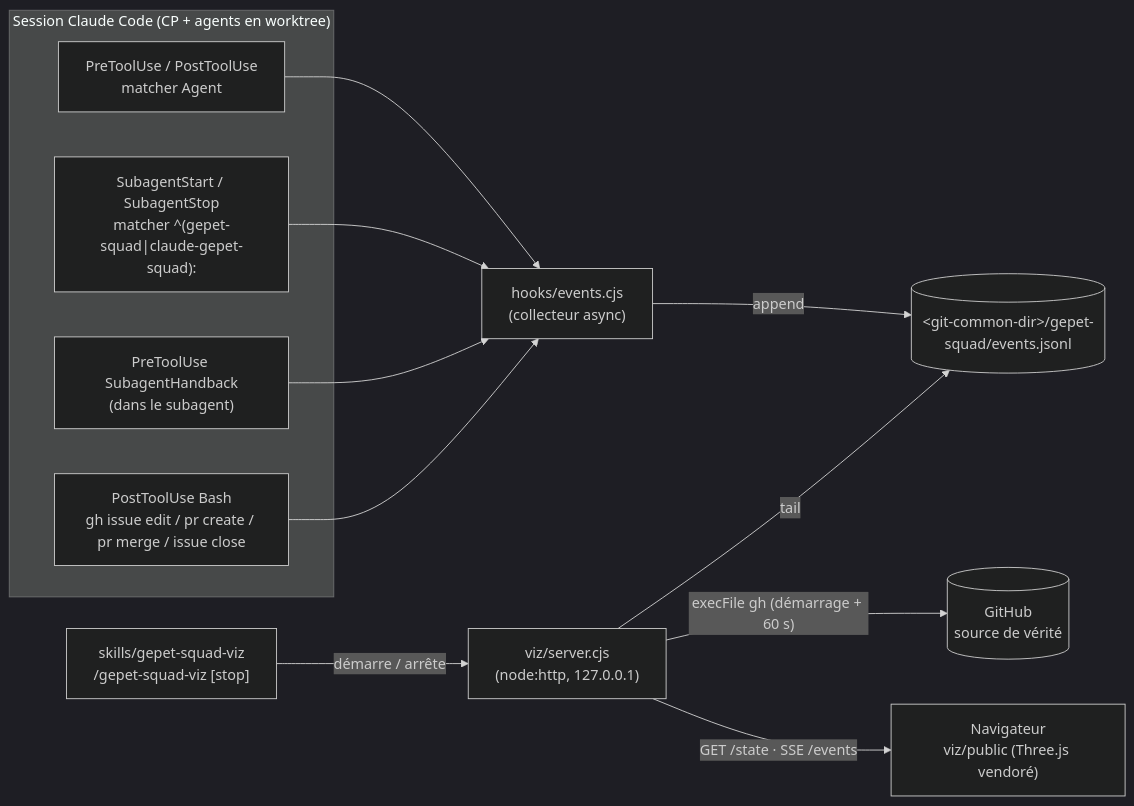
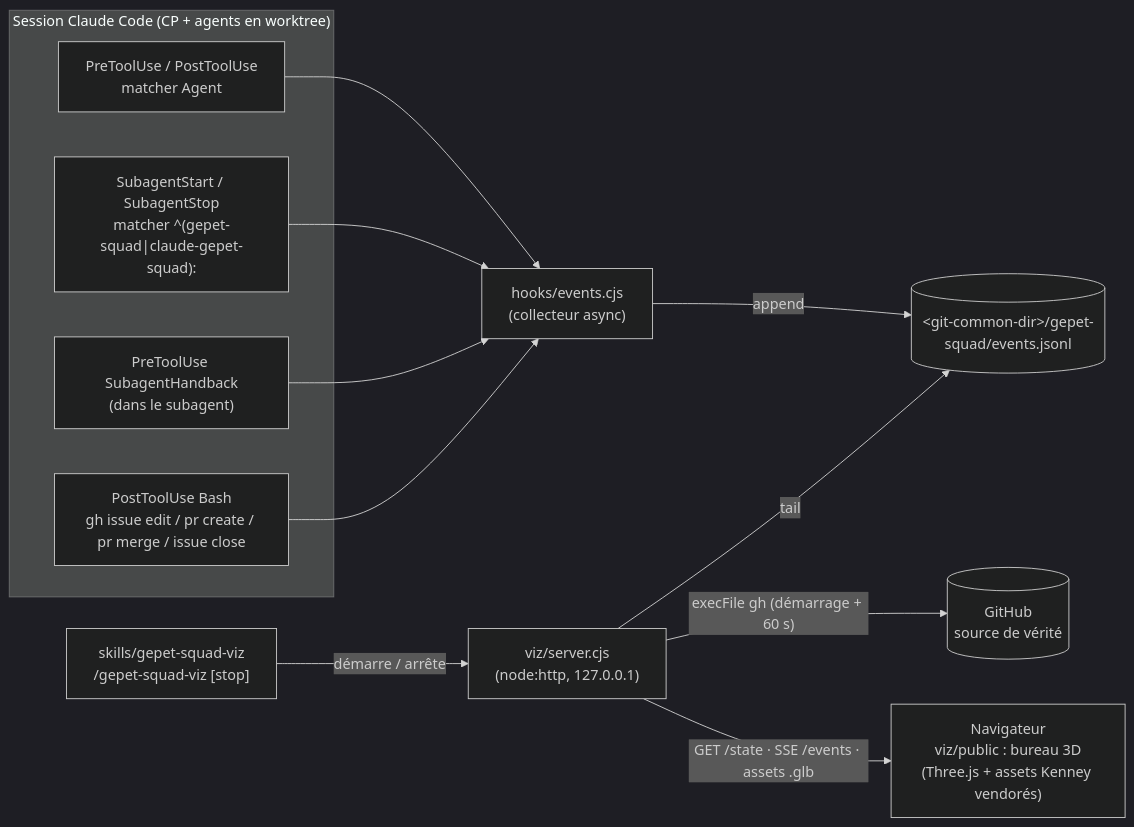
The diagram in docs/architecture/ARCHITECTURE.md (gepet-io/gepet-squad), drawn with Mermaid (dark theme) before and after one commit. The commit also changed other lines of this file and 6 other files, not shown here.

Commit message:
docs(architecture): bureau 3D avec bonshommes (ADR 0009 à 0011)

````diff
--- a/docs/architecture/ARCHITECTURE.md
+++ b/docs/architecture/ARCHITECTURE.md
@@ -34,15 +42,15 @@
 ```mermaid
 flowchart LR
   subgraph CC["Session Claude Code (CP + agents en worktree)"]
     H1["PreToolUse / PostToolUse<br/>matcher Agent"]
     H2["SubagentStart / SubagentStop<br/>matcher ^(gepet-squad|claude-gepet-squad):"]
     H3["PreToolUse SubagentHandback<br/>(dans le subagent)"]
     H4["PostToolUse Bash<br/>gh issue edit / pr create / pr merge / issue close"]
   end
   H1 & H2 & H3 & H4 --> C["hooks/events.cjs<br/>(collecteur async)"]
   C -->|append| J[("&lt;git-common-dir&gt;/gepet-squad/events.jsonl")]
   S["viz/server.cjs<br/>(node:http, 127.0.0.1)"] -->|tail| J
   S -->|"execFile gh (démarrage + 60 s)"| GH[("GitHub<br/>source de vérité")]
-  S -->|"GET /state · SSE /events"| B["Navigateur<br/>viz/public (Three.js vendoré)"]
+  S -->|"GET /state · SSE /events · assets .glb"| B["Navigateur<br/>viz/public : bureau 3D<br/>(Three.js + assets Kenney vendorés)"]
   K["skills/gepet-squad-viz<br/>/gepet-squad-viz [stop]"] -->|démarre / arrête| S
 ```
````
